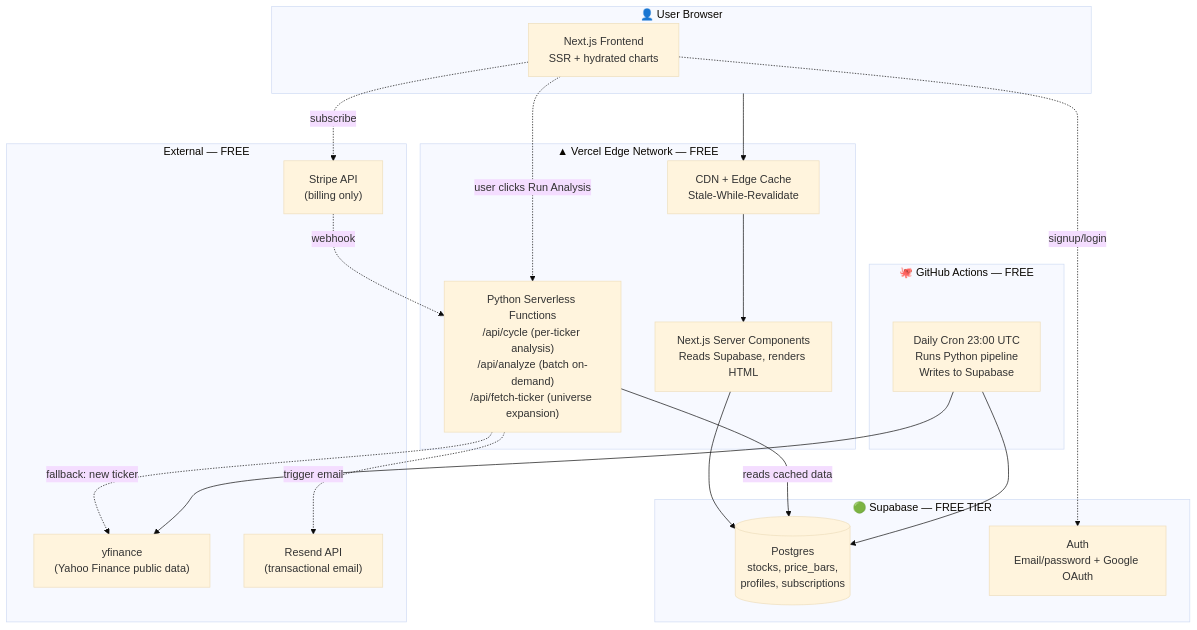
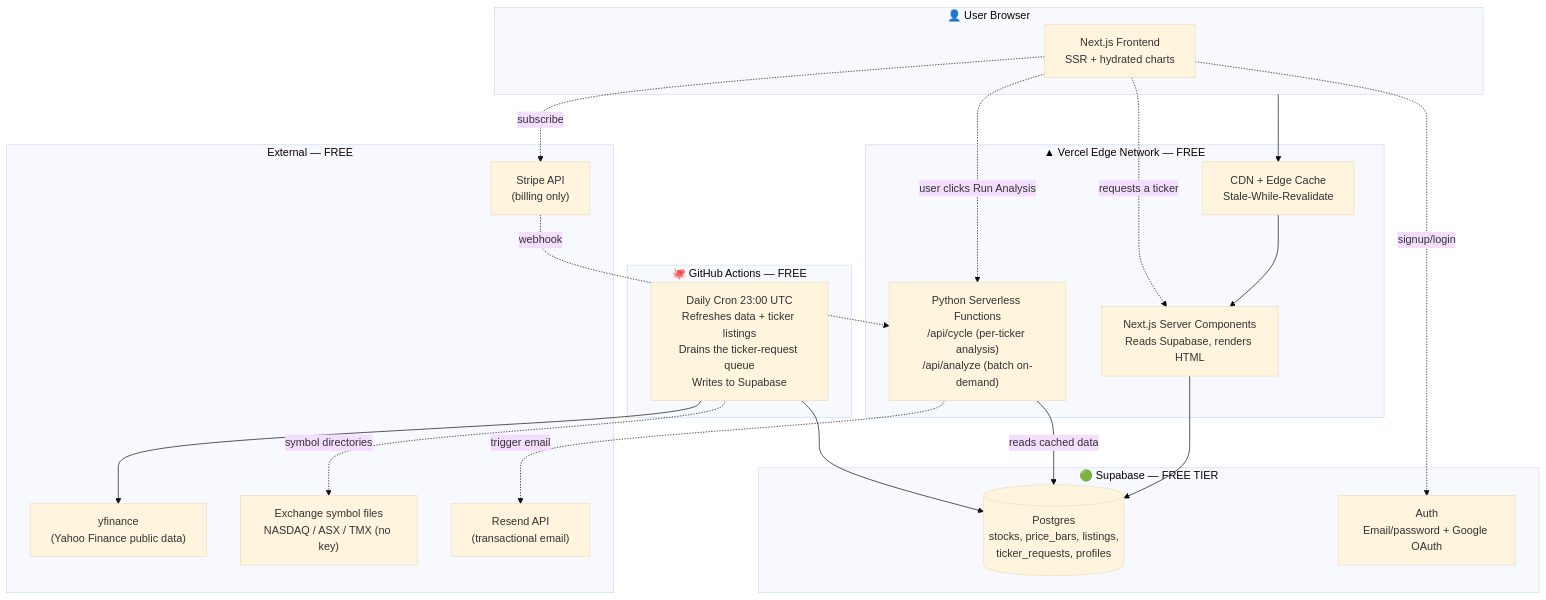
Before and after one commit to ayaatnibrasaziz/majorcycle: the diagram in docs/architecture.md, drawn with Mermaid (base theme). The commit also changed other lines of this file and 4 other files, not shown here.

First line of the commit message:
docs+db: Request-a-Ticker design (listings + ticker_requests queue)

````diff
--- a/docs/architecture.md
+++ b/docs/architecture.md
@@ -13,40 +13,42 @@
 ```mermaid
 flowchart TB
     subgraph User["👤 User Browser"]
         UI["Next.js Frontend<br/>SSR + hydrated charts"]
     end
 
     subgraph Vercel["▲ Vercel Edge Network — FREE"]
         Edge["CDN + Edge Cache<br/>Stale-While-Revalidate"]
         SSR["Next.js Server Components<br/>Reads Supabase, renders HTML"]
-        PyFn["Python Serverless Functions<br/>/api/cycle (per-ticker analysis)<br/>/api/analyze (batch on-demand)<br/>/api/fetch-ticker (universe expansion)"]
+        PyFn["Python Serverless Functions<br/>/api/cycle (per-ticker analysis)<br/>/api/analyze (batch on-demand)"]
     end
 
     subgraph Supabase["🟢 Supabase — FREE TIER"]
-        DB[("Postgres<br/>stocks, price_bars,<br/>profiles, subscriptions")]
+        DB[("Postgres<br/>stocks, price_bars, listings,<br/>ticker_requests, profiles")]
         Auth["Auth<br/>Email/password + Google OAuth"]
     end
 
     subgraph GHA["🐙 GitHub Actions — FREE"]
-        Cron["Daily Cron 23:00 UTC<br/>Runs Python pipeline<br/>Writes to Supabase"]
+        Cron["Daily Cron 23:00 UTC<br/>Refreshes data + ticker listings<br/>Drains the ticker-request queue<br/>Writes to Supabase"]
     end
 
     subgraph External["External — FREE"]
         YF["yfinance<br/>(Yahoo Finance public data)"]
+        ExchFiles["Exchange symbol files<br/>NASDAQ / ASX / TMX (no key)"]
         Stripe["Stripe API<br/>(billing only)"]
         Resend["Resend API<br/>(transactional email)"]
     end
 
     User --> Edge
     Edge --> SSR
     SSR --> DB
     UI -.->|user clicks Run Analysis| PyFn
+    UI -.->|requests a ticker| SSR
     PyFn -->|reads cached data| DB
-    PyFn -.->|fallback: new ticker| YF
     Cron --> YF
+    Cron -.->|symbol directories| ExchFiles
     Cron --> DB
     UI -.->|signup/login| Auth
     UI -.->|subscribe| Stripe
     Stripe -.->|webhook| PyFn
     PyFn -.->|trigger email| Resend
 ```
````
